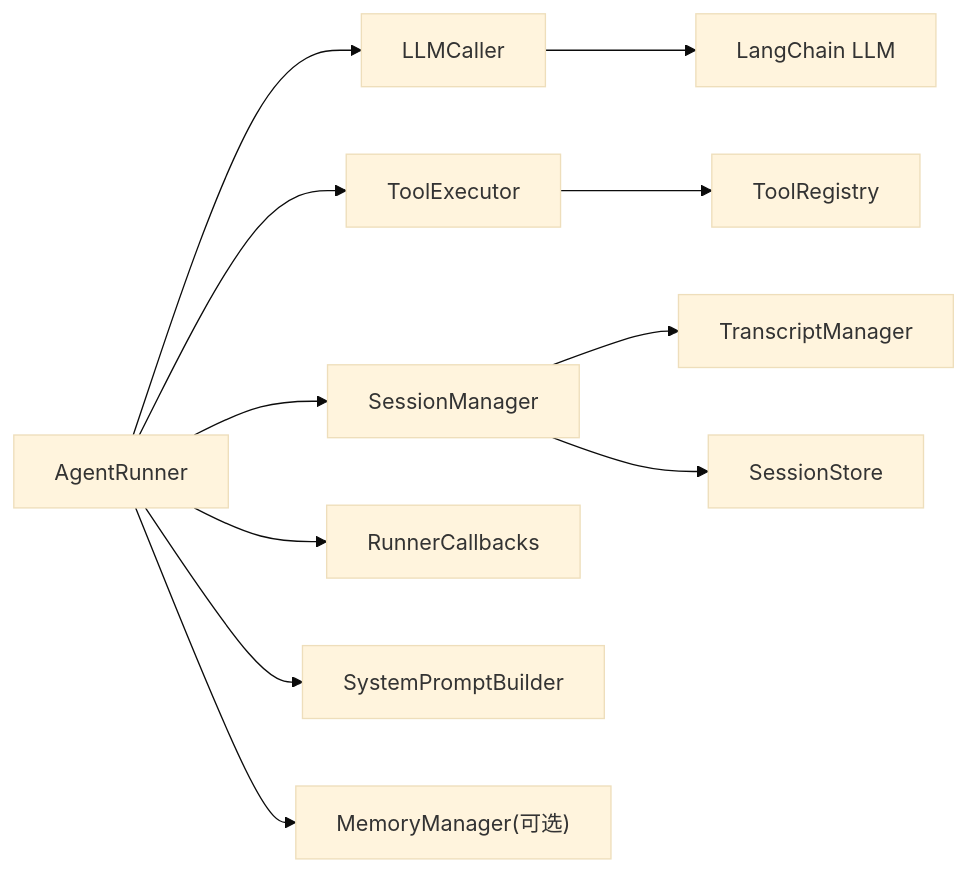
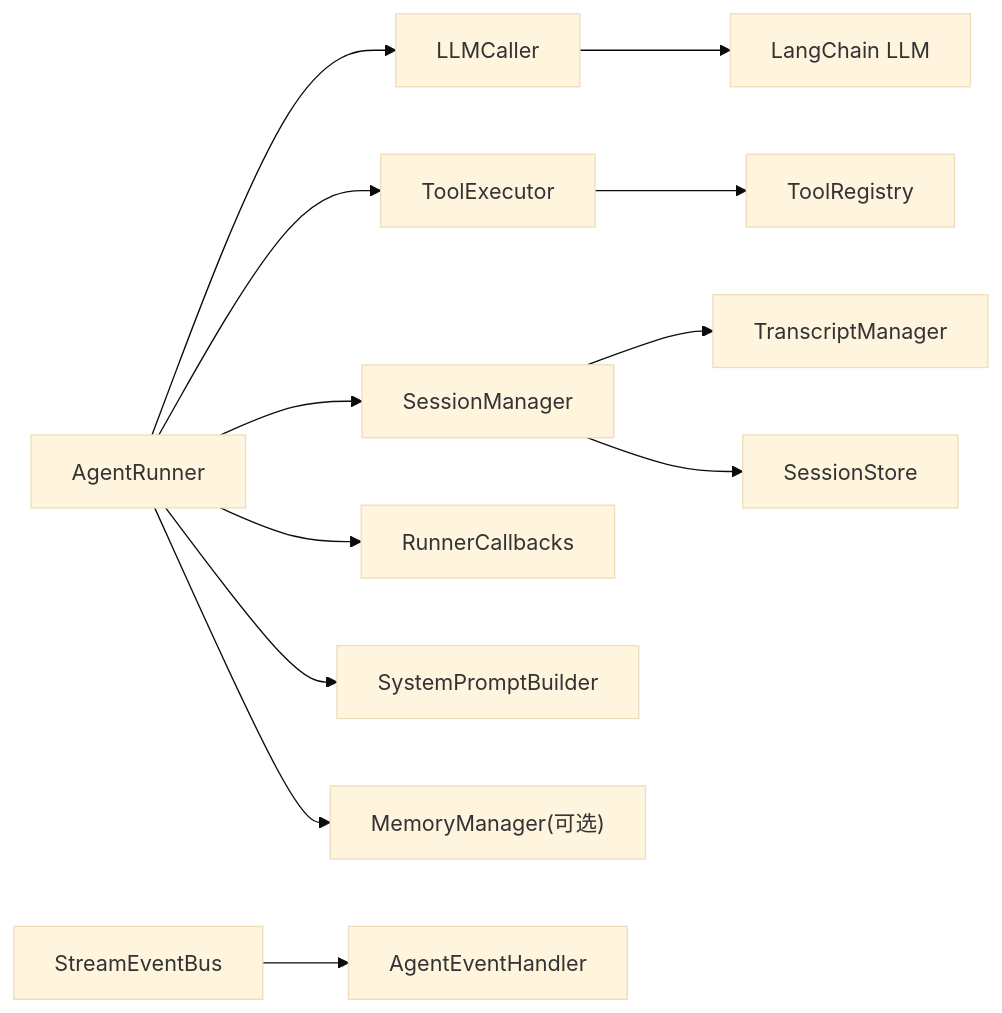
Before and after one commit to YU-JI-KUI/ark-agentic: the tenth of 10 diagrams in repowiki/zh/content/核心框架/智能体执行系统/智能体执行系统.md, drawn with Mermaid (base theme). The commit also changed other lines of this file and 12 other files, not shown here.

````diff
--- a/repowiki/zh/content/核心框架/智能体执行系统/智能体执行系统.md
+++ b/repowiki/zh/content/核心框架/智能体执行系统/智能体执行系统.md
@@ -472,13 +530,14 @@
 ```mermaid
 graph LR
 Runner["AgentRunner"] --> LLM["LLMCaller"]
 Runner --> TE["ToolExecutor"]
 Runner --> SM["SessionManager"]
 Runner --> CB["RunnerCallbacks"]
 Runner --> SPB["SystemPromptBuilder"]
 Runner --> MM["MemoryManager(可选)"]
 LLM --> LC["LangChain LLM"]
 TE --> TR["ToolRegistry"]
 SM --> TM["TranscriptManager"]
 SM --> SS["SessionStore"]
+EB["StreamEventBus"] --> AH["AgentEventHandler"]
 ```
````
